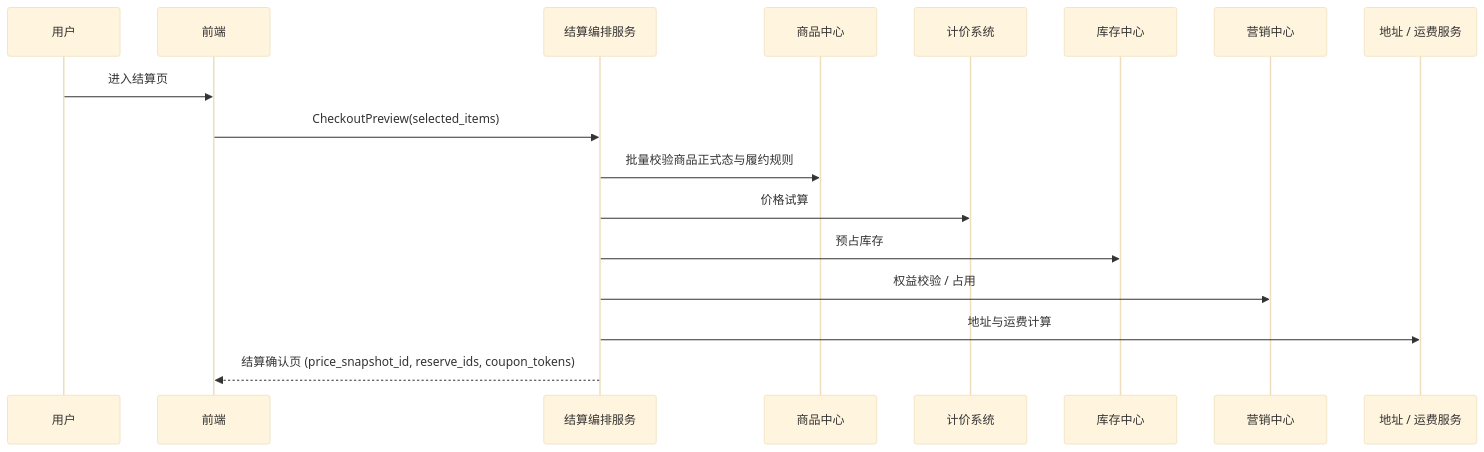
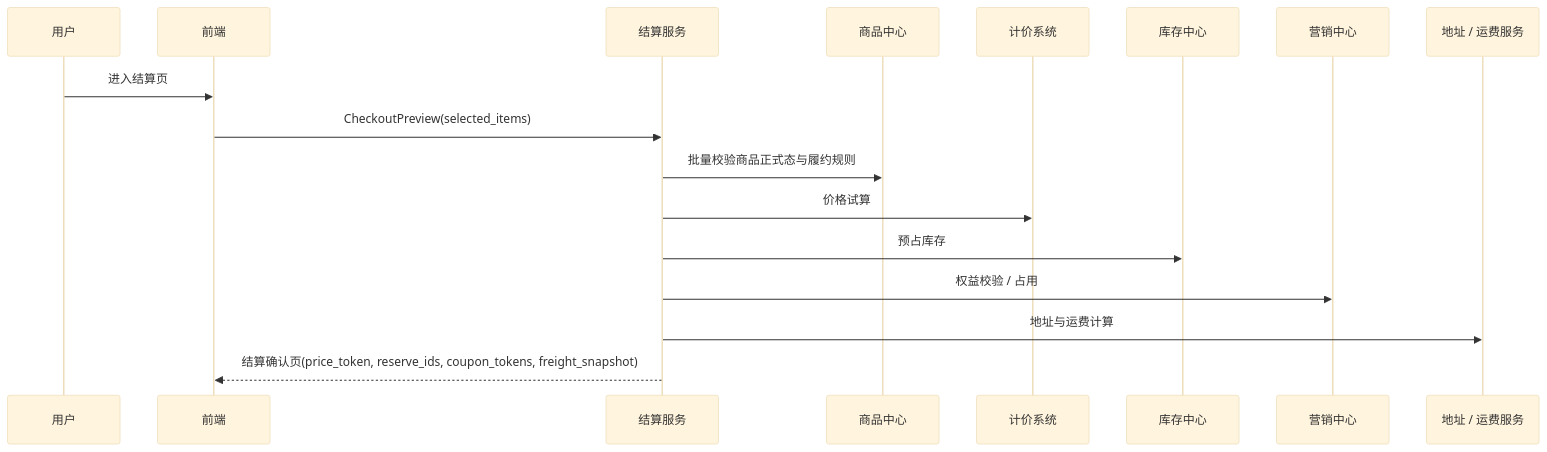
The fifth of 14 diagrams in books/system-design-architecture-book/src/part02/13-ecommerce-customer-lifecycle.md (wxquare/wxquare.github.io), drawn with Mermaid (base theme) before and after one commit. The commit also changed other lines of this file, not shown here.

````diff
--- a/books/system-design-architecture-book/src/part02/13-ecommerce-customer-lifecycle.md
+++ b/books/system-design-architecture-book/src/part02/13-ecommerce-customer-lifecycle.md
@@ -788,20 +903,20 @@
 ```mermaid
 sequenceDiagram
     participant U as 用户
     participant FE as 前端
-    participant CO as 结算编排服务
+    participant CO as 结算服务
     participant P as 商品中心
     participant PR as 计价系统
     participant IV as 库存中心
     participant MK as 营销中心
     participant AD as 地址 / 运费服务
 
     U->>FE: 进入结算页
     FE->>CO: CheckoutPreview(selected_items)
     CO->>P: 批量校验商品正式态与履约规则
     CO->>PR: 价格试算
     CO->>IV: 预占库存
     CO->>MK: 权益校验 / 占用
     CO->>AD: 地址与运费计算
-    CO-->>FE: 结算确认页 (price_snapshot_id, reserve_ids, coupon_tokens)
+    CO-->>FE: 结算确认页(price_token, reserve_ids, coupon_tokens, freight_snapshot)
 ```
````
